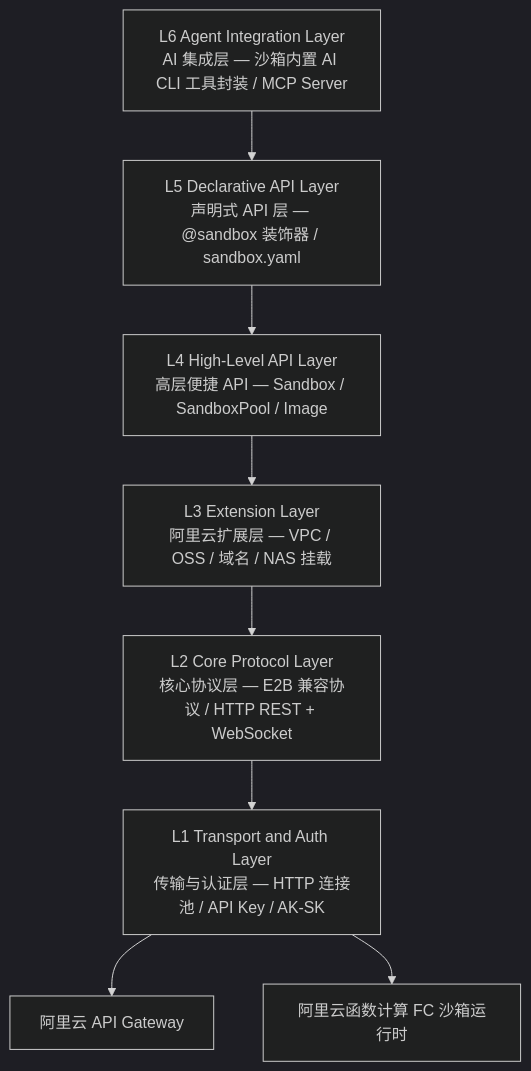
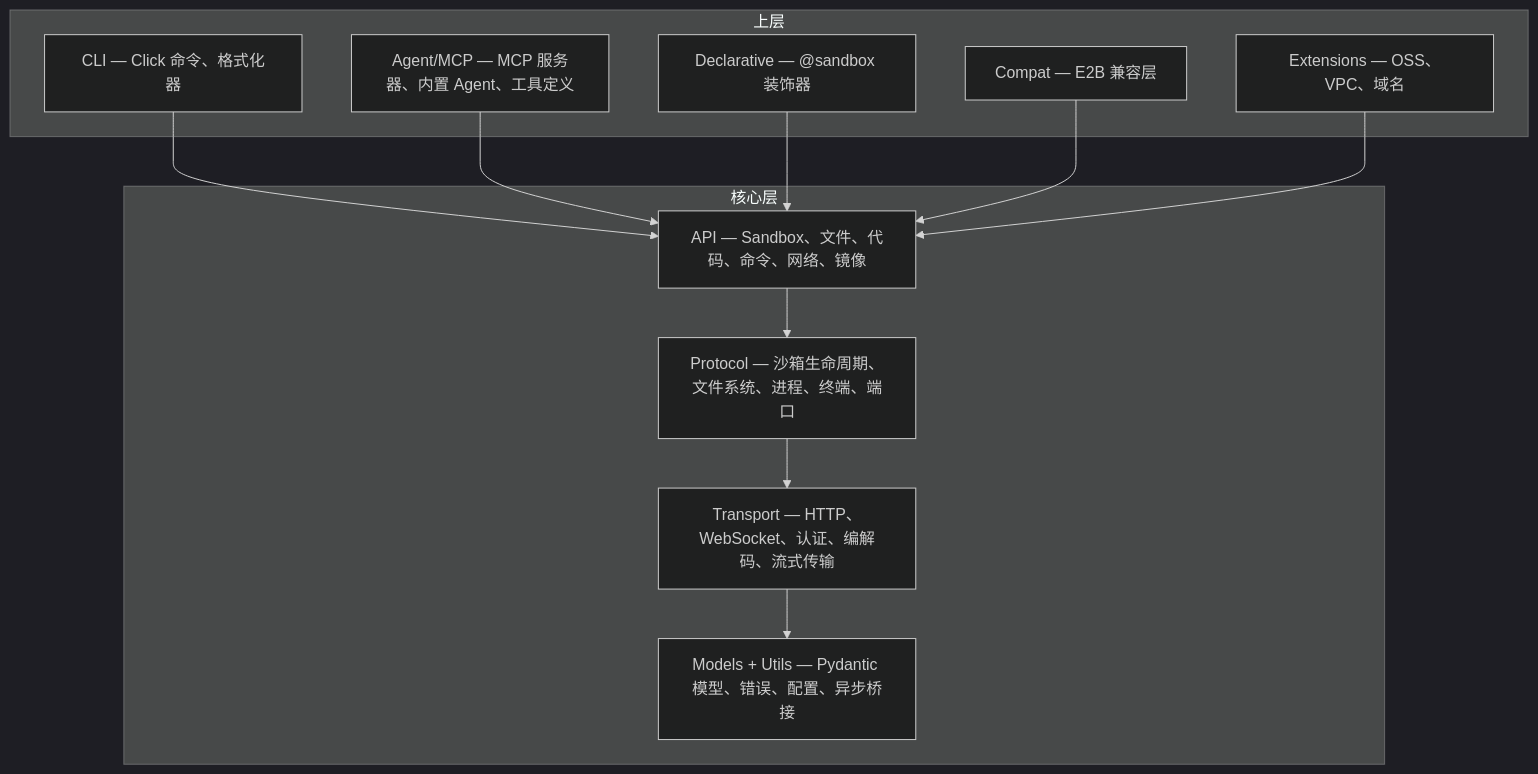
One commit to Easy-Sandbox/easy-sandbox changed the diagram in docs/zh/DESIGN.md. Above: the diagram before and after it, drawn with Mermaid (dark theme). The commit also changed other lines of this file and 357 other files, not shown here.

````diff
--- a/docs/zh/DESIGN.md
+++ b/docs/zh/DESIGN.md
@@ -116,14 +40,23 @@
 ```mermaid
-graph TD
-    L6["L6 Agent Integration Layer\nAI 集成层 — 沙箱内置 AI CLI 工具封装 / MCP Server"]
-    L5["L5 Declarative API Layer\n声明式 API 层 — @sandbox 装饰器 / sandbox.yaml"]
-    L4["L4 High-Level API Layer\n高层便捷 API — Sandbox / SandboxPool / Image"]
-    L3["L3 Extension Layer\n阿里云扩展层 — VPC / OSS / 域名 / NAS 挂载"]
-    L2["L2 Core Protocol Layer\n核心协议层 — E2B 兼容协议 / HTTP REST + WebSocket"]
-    L1["L1 Transport and Auth Layer\n传输与认证层 — HTTP 连接池 / API Key / AK-SK"]
-    GW["阿里云 API Gateway"]
-    FC["阿里云函数计算 FC 沙箱运行时"]
-    L6 --> L5 --> L4 --> L3 --> L2 --> L1
-    L1 --> GW
-    L1 --> FC
+graph TB
+    subgraph Upper["上层"]
+        CLI["CLI — Click 命令、格式化器"]
+        Agent["Agent/MCP — MCP 服务器、内置 Agent、工具定义"]
+        Decl["Declarative — @sandbox 装饰器"]
+        Compat["Compat — E2B 兼容层"]
+        Ext["Extensions — OSS、VPC、域名"]
+    end
+    subgraph Core["核心层"]
+        L3["API — Sandbox、文件、代码、命令、网络、镜像"]
+        L2["Protocol — 沙箱生命周期、文件系统、进程、终端、端口"]
+        L1["Transport — HTTP、WebSocket、认证、编解码、流式传输"]
+        L0["Models + Utils — Pydantic 模型、错误、配置、异步桥接"]
+    end
+
+    CLI --> L3
+    Agent --> L3
+    Decl --> L3
+    Compat --> L3
+    Ext --> L3
+    L3 --> L2 --> L1 --> L0
 ```
````
